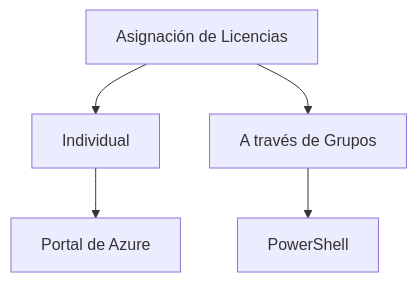
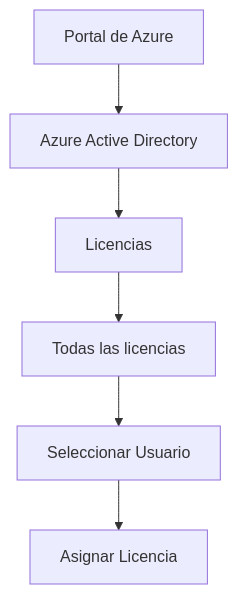
One commit to fedesantamarina/az-104 changed the first of 3 diagrams in Manage Licenses in Azure AD.md. Above: the diagram before and after it, drawn with Mermaid. The commit also changed other lines of this file, not shown here.

````diff
--- a/Manage Licenses in Azure AD.md
+++ b/Manage Licenses in Azure AD.md
@@ -48,7 +9,8 @@
 ```mermaid
-graph TD
-  A[Asignación de Licencias] --> B[Individual]
-  A --> C[A través de Grupos]
-  B --> D[Portal de Azure]
-  C --> E[PowerShell]
+graph TD;
+  A[Portal de Azure] --> B[Azure Active Directory]
+  B --> C[Licencias]
+  C --> D[Todas las licencias]
+  D --> E[Seleccionar Usuario]
+  E --> F[Asignar Licencia]
 ```
````
